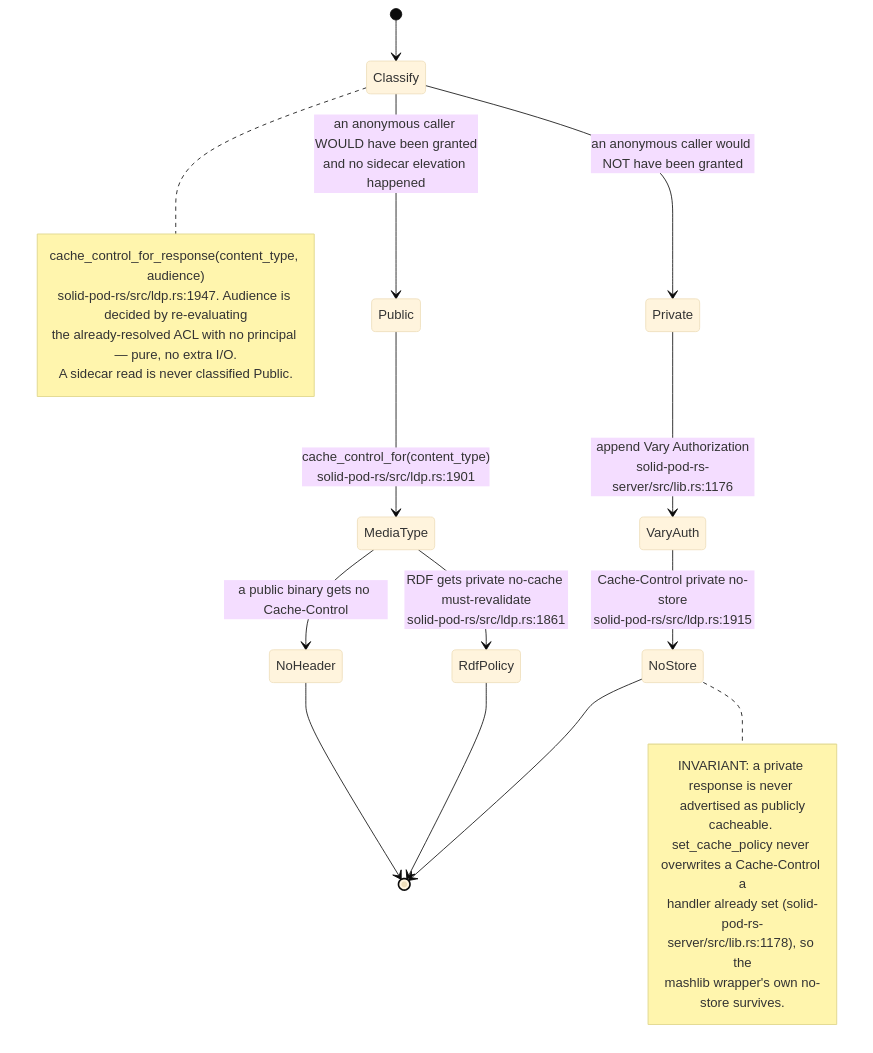
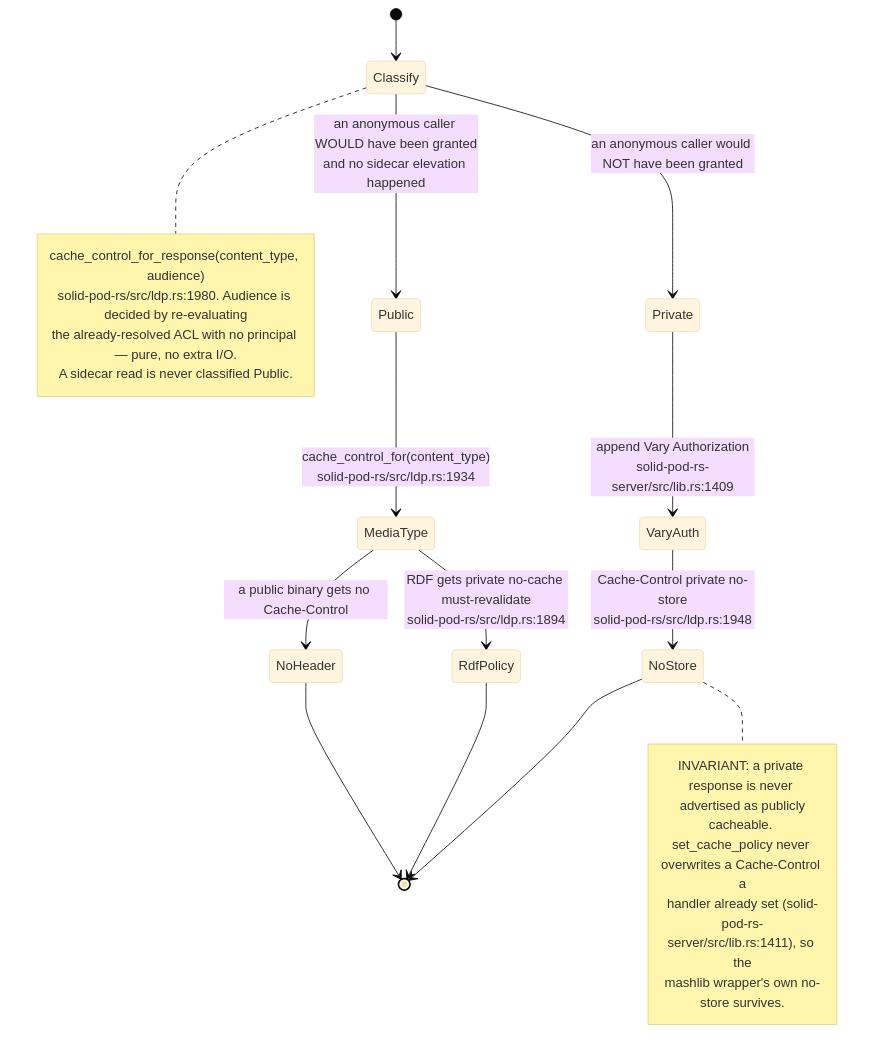
Before and after one commit to DreamLab-AI/VisionFlow: diagram 11 of 11 in docs/diagrams/solid-pod-rs/03-ldp-request-lifecycle.md, drawn with Mermaid (base theme). The commit also changed other lines of this file and 160 other files, not shown here.

````diff
--- a/docs/diagrams/solid-pod-rs/03-ldp-request-lifecycle.md
+++ b/docs/diagrams/solid-pod-rs/03-ldp-request-lifecycle.md
@@ -314,29 +326,29 @@
 ```mermaid
 stateDiagram-v2
     [*] --> Classify
     Classify --> Private: an anonymous caller would NOT have been granted
     Classify --> Public: an anonymous caller WOULD have been granted<br/>and no sidecar elevation happened
 
-    Private --> VaryAuth: append Vary Authorization<br/>solid-pod-rs-server/src/lib.rs:1176
-    VaryAuth --> NoStore: Cache-Control private no-store<br/>solid-pod-rs/src/ldp.rs:1915
-    Public --> MediaType: cache_control_for(content_type)<br/>solid-pod-rs/src/ldp.rs:1901
-    MediaType --> RdfPolicy: RDF gets private no-cache must-revalidate<br/>solid-pod-rs/src/ldp.rs:1861
+    Private --> VaryAuth: append Vary Authorization<br/>solid-pod-rs-server/src/lib.rs:1409
+    VaryAuth --> NoStore: Cache-Control private no-store<br/>solid-pod-rs/src/ldp.rs:1948
+    Public --> MediaType: cache_control_for(content_type)<br/>solid-pod-rs/src/ldp.rs:1934
+    MediaType --> RdfPolicy: RDF gets private no-cache must-revalidate<br/>solid-pod-rs/src/ldp.rs:1894
     MediaType --> NoHeader: a public binary gets no Cache-Control
 
     NoStore --> [*]
     RdfPolicy --> [*]
     NoHeader --> [*]
 
     note right of Classify
       cache_control_for_response(content_type, audience)
-      solid-pod-rs/src/ldp.rs:1947. Audience is decided by re-evaluating
+      solid-pod-rs/src/ldp.rs:1980. Audience is decided by re-evaluating
       the already-resolved ACL with no principal — pure, no extra I/O.
       A sidecar read is never classified Public.
     end note
     note right of NoStore
       INVARIANT: a private response is never advertised as publicly
       cacheable. set_cache_policy never overwrites a Cache-Control a
-      handler already set (solid-pod-rs-server/src/lib.rs:1178), so the
+      handler already set (solid-pod-rs-server/src/lib.rs:1411), so the
       mashlib wrapper's own no-store survives.
     end note
 ```
````
